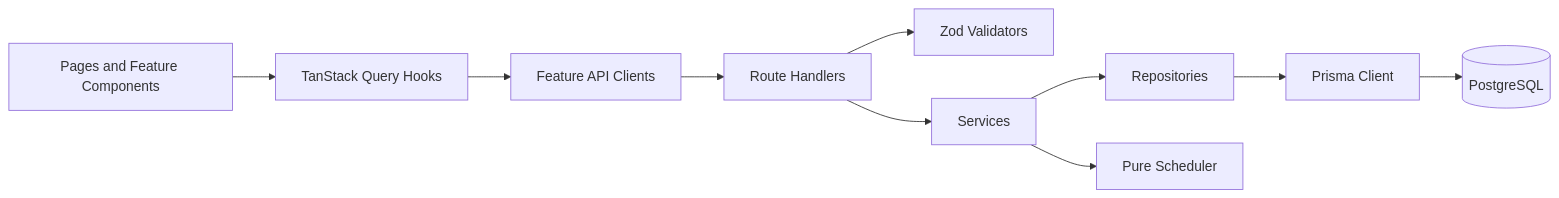
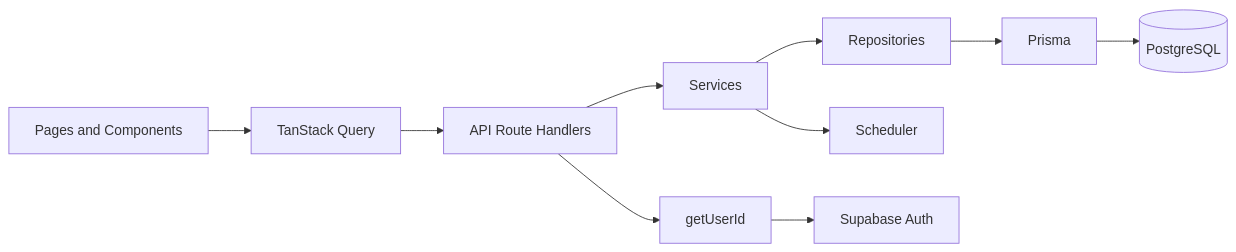
One commit to pvnpll/revia changed the fourth of 4 diagrams in revia/docs/application/technical-reference.md. Above: the diagram before and after it, drawn with Mermaid. The commit also changed other lines of this file and 9 other files, not shown here.

````diff
--- a/revia/docs/application/technical-reference.md
+++ b/revia/docs/application/technical-reference.md
@@ -279,12 +196,12 @@
 ```mermaid
 flowchart LR
-  UI[Pages and Feature Components] --> Hooks[TanStack Query Hooks]
-  Hooks --> ClientAPI[Feature API Clients]
-  ClientAPI --> Routes[Route Handlers]
-  Routes --> Validators[Zod Validators]
-  Routes --> Services[Services]
-  Services --> Repositories[Repositories]
-  Services --> Scheduler[Pure Scheduler]
-  Repositories --> Prisma[Prisma Client]
+  UI[Pages and Components] --> Hooks[TanStack Query]
+  Hooks --> API[API Route Handlers]
+  API --> Auth[getUserId]
+  API --> Services[Services]
+  Services --> Repos[Repositories]
+  Services --> Scheduler[Scheduler]
+  Repos --> Prisma[Prisma]
   Prisma --> DB[(PostgreSQL)]
+  Auth --> Supabase[Supabase Auth]
 ```
````
